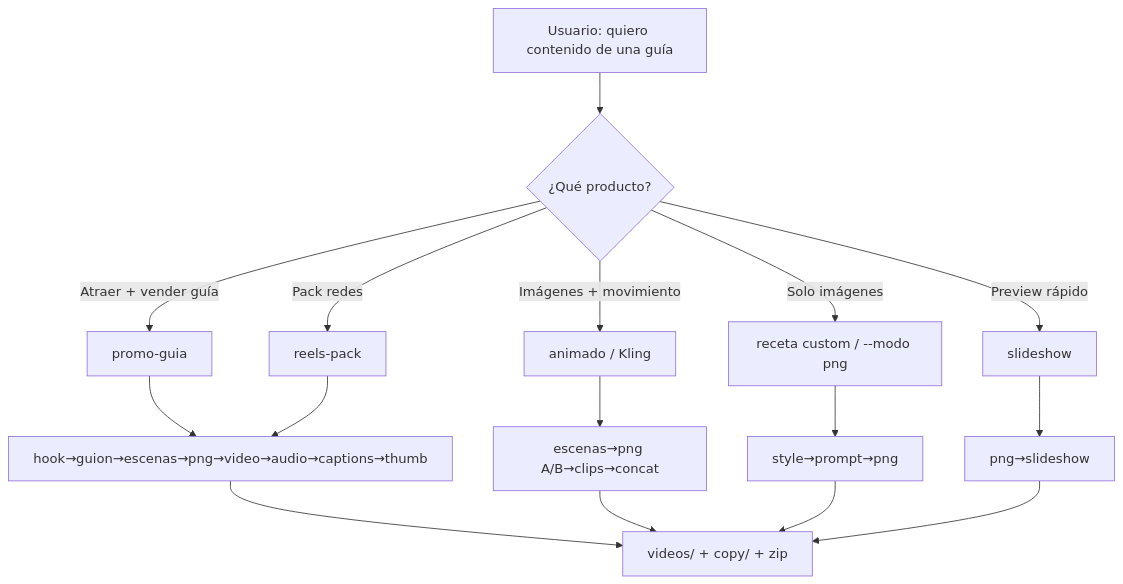
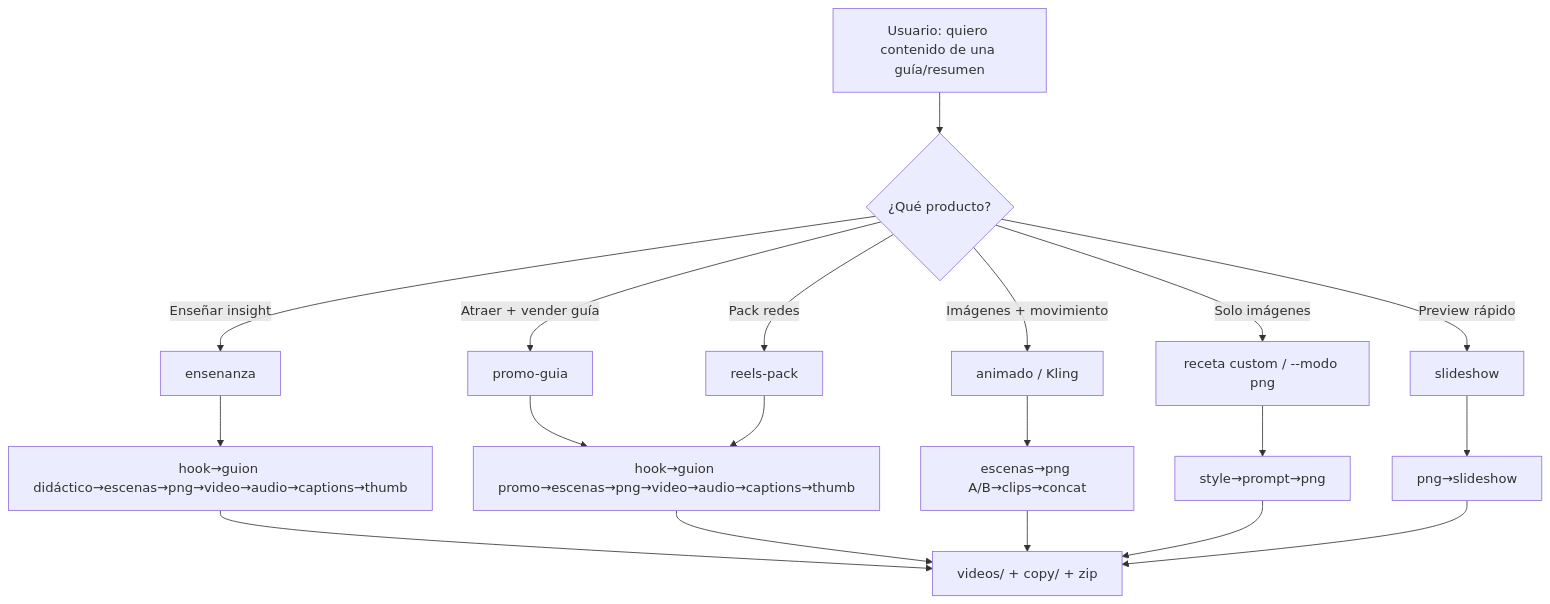
One commit to yoryo885/cursorprime changed the diagram in creador de contenido/FLUJO.md. Above: the diagram before and after it, drawn with Mermaid. The commit also changed other lines of this file and 52 other files, not shown here.

First line of the commit message:
feat(creador): receta ensenanza — video didáctico desde resumen

````diff
--- a/creador de contenido/FLUJO.md
+++ b/creador de contenido/FLUJO.md
@@ -23,21 +25,24 @@
 ```mermaid
 flowchart TD
-  START[Usuario: quiero contenido de una guía] --> Q1{¿Qué producto?}
+  START[Usuario: quiero contenido de una guía/resumen] --> Q1{¿Qué producto?}
 
   Q1 -->|Solo imágenes| PNG[receta custom / --modo png]
   Q1 -->|Preview rápido| SS[slideshow]
   Q1 -->|Imágenes + movimiento| AN[animado / Kling]
+  Q1 -->|Enseñar insight| EN[ensenanza]
   Q1 -->|Atraer + vender guía| PG[promo-guia]
   Q1 -->|Pack redes| RP[reels-pack]
 
   PNG --> CORE[style→prompt→png]
   SS --> CORE2[png→slideshow]
   AN --> MOTION[escenas→png A/B→clips→concat]
-  PG --> FULL[hook→guion→escenas→png→video→audio→captions→thumb]
-  RP --> FULL
+  EN --> FULL[hook→guion didáctico→escenas→png→video→audio→captions→thumb]
+  PG --> FULLP[hook→guion promo→escenas→png→video→audio→captions→thumb]
+  RP --> FULLP
 
   FULL --> OUT[videos/ + copy/ + zip]
+  FULLP --> OUT
   MOTION --> OUT
   CORE --> OUT
   CORE2 --> OUT
 ```
````
